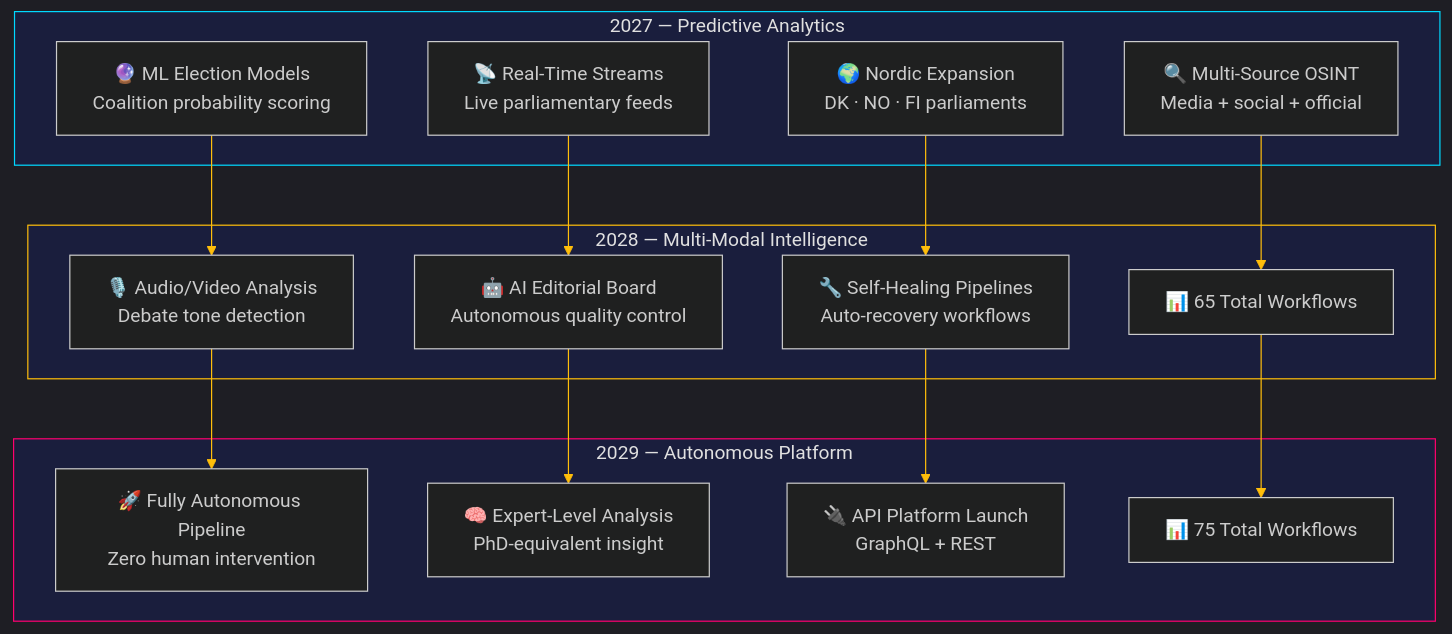
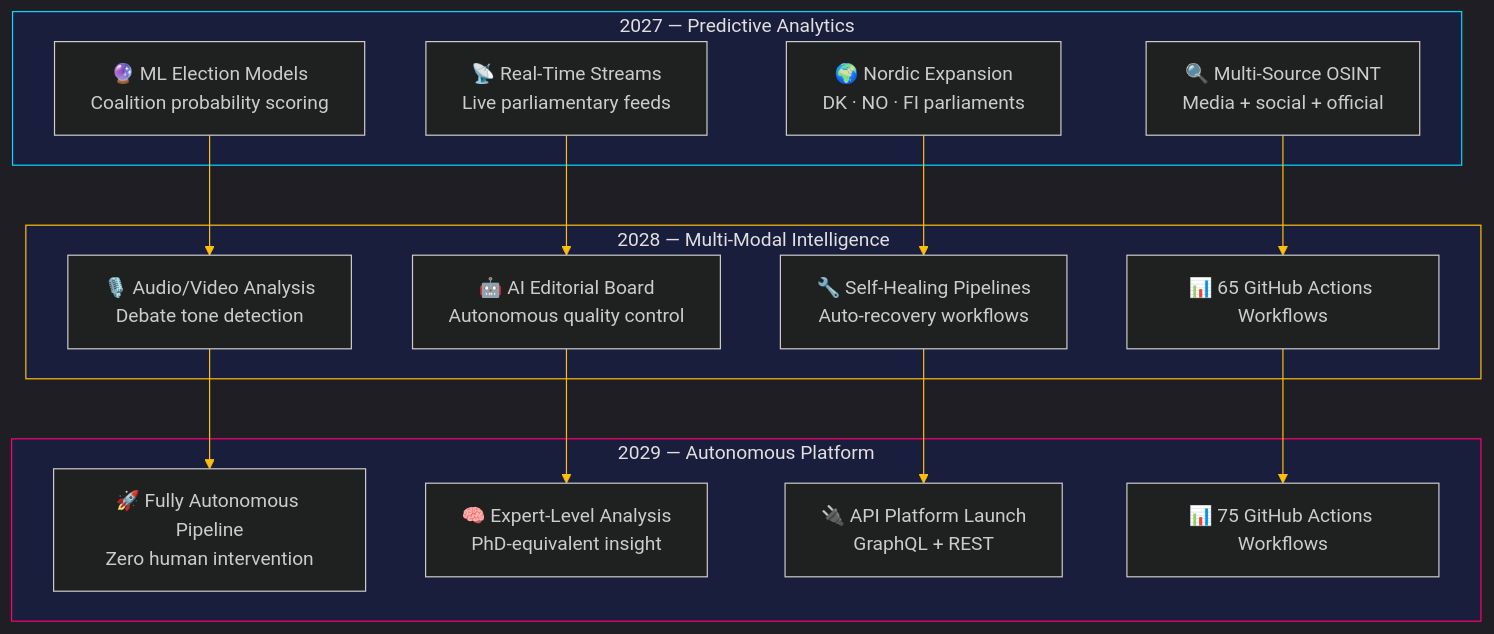
Before and after one commit to Hack23/riksdagsmonitor: the third of 6 diagrams in README.md, drawn with Mermaid. The commit also changed other lines of this file, not shown here.

Commit message:
Clarify workflow counts as GitHub Actions workflows and add full path to lock.yml reference

````diff
--- a/README.md
+++ b/README.md
@@ -794,33 +794,33 @@
 ```mermaid
 %%{init: {'theme': 'dark', 'themeVariables': {'primaryColor': '#00d9ff', 'primaryTextColor': '#e0e0e0', 'primaryBorderColor': '#ff006e', 'lineColor': '#ffbe0b', 'secondaryColor': '#1a1e3d', 'tertiaryColor': '#0a0e27'}}}%%
 graph TB
     subgraph SG2027["2027 — Predictive Analytics"]
         style SG2027 fill:#1a1e3d,stroke:#00d9ff,color:#e0e0e0
         PA1[🔮 ML Election Models<br/>Coalition probability scoring]
         PA2[📡 Real-Time Streams<br/>Live parliamentary feeds]
         PA3[🌍 Nordic Expansion<br/>DK · NO · FI parliaments]
         PA4[🔍 Multi-Source OSINT<br/>Media + social + official]
     end
     subgraph SG2028["2028 — Multi-Modal Intelligence"]
         style SG2028 fill:#1a1e3d,stroke:#ffbe0b,color:#e0e0e0
         MM1[🎙️ Audio/Video Analysis<br/>Debate tone detection]
         MM2[🤖 AI Editorial Board<br/>Autonomous quality control]
         MM3[🔧 Self-Healing Pipelines<br/>Auto-recovery workflows]
-        MM4[📊 65 Total Workflows]
+        MM4[📊 65 GitHub Actions Workflows]
     end
     subgraph SG2029["2029 — Autonomous Platform"]
         style SG2029 fill:#1a1e3d,stroke:#ff006e,color:#e0e0e0
         AP1[🚀 Fully Autonomous Pipeline<br/>Zero human intervention]
         AP2[🧠 Expert-Level Analysis<br/>PhD-equivalent insight]
         AP3[🔌 API Platform Launch<br/>GraphQL + REST]
-        AP4[📊 75 Total Workflows]
+        AP4[📊 75 GitHub Actions Workflows]
     end
     PA1 --> MM1
     PA2 --> MM2
     PA3 --> MM3
     PA4 --> MM4
     MM1 --> AP1
     MM2 --> AP2
     MM3 --> AP3
     MM4 --> AP4
 ```
````
